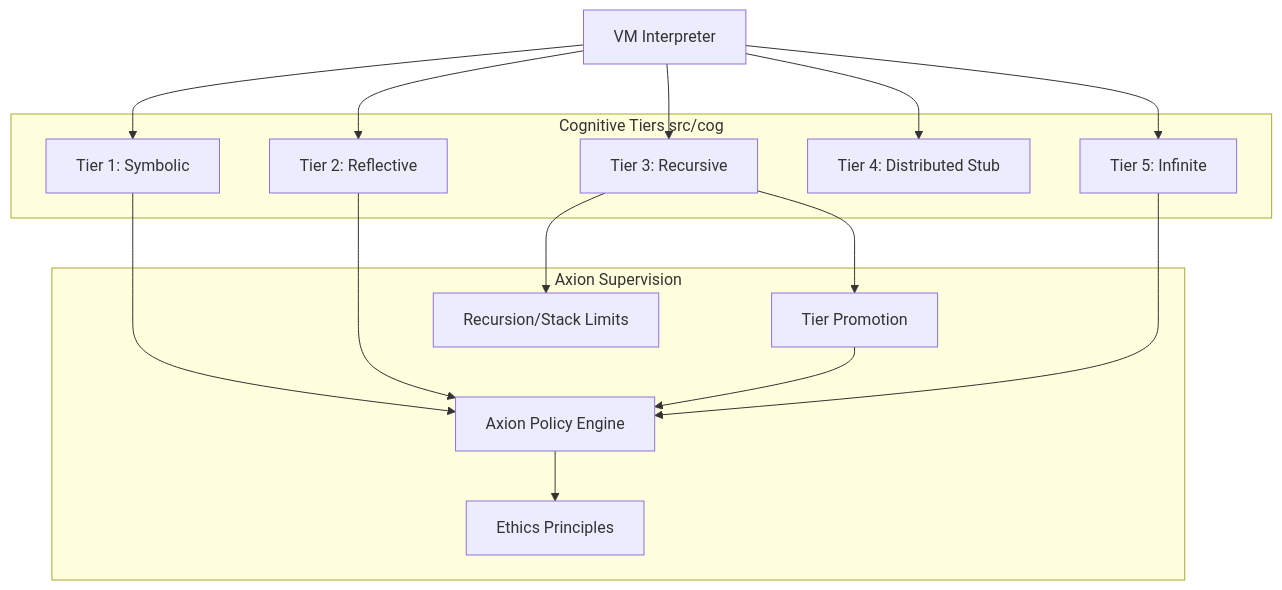
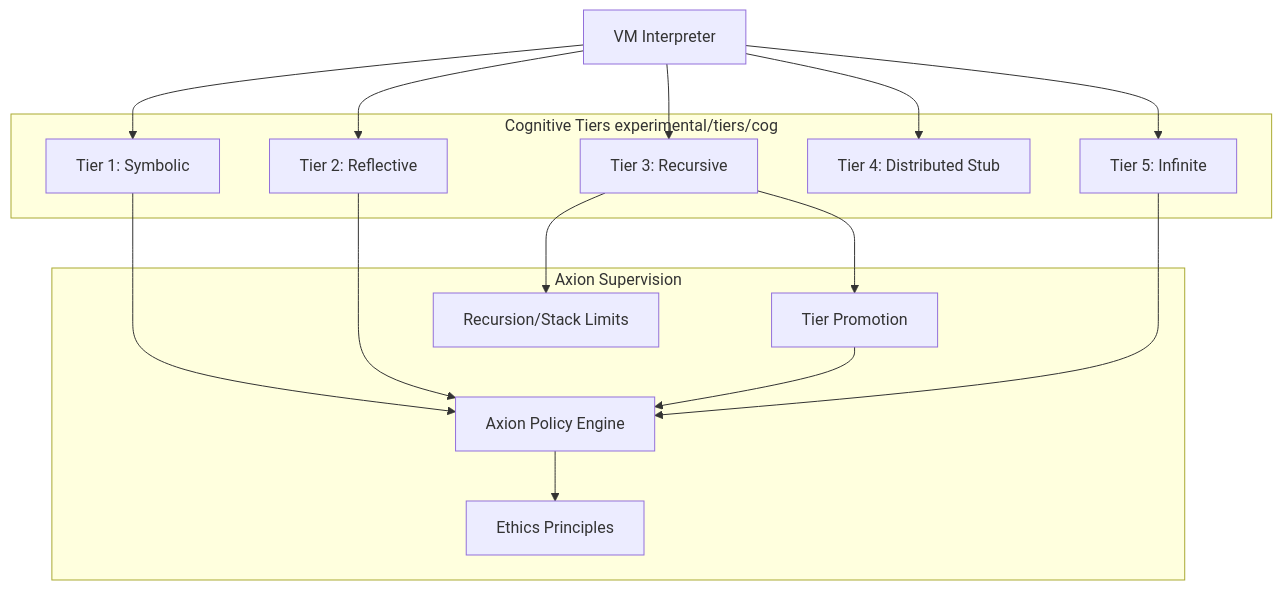
The third of 6 diagrams in docs/reference/architecture.md (ryansctt1994-sudo/t81-foundation), drawn with Mermaid before and after one commit. The commit also changed other lines of this file and 69 other files, not shown here.

````diff
--- a/docs/reference/architecture.md
+++ b/docs/reference/architecture.md
@@ -76,32 +76,32 @@
 ```mermaid
 flowchart TD
-    subgraph Tiers [Cognitive Tiers  src/cog ]
+    subgraph Tiers [Cognitive Tiers  experimental/tiers/cog ]
         T1[Tier 1: Symbolic]
         T2[Tier 2: Reflective]
         T3[Tier 3: Recursive]
         T4[Tier 4: Distributed  Stub ]
         T5[Tier 5: Infinite]
     end
 
     subgraph Supervision [Axion Supervision]
         Axion[Axion Policy Engine]
         Ethics[Ethics Principles]
         Limits[Recursion/Stack Limits]
         Promotion[Tier Promotion]
     end
 
     Interpreter[VM Interpreter] --> T1
     Interpreter --> T2
     Interpreter --> T3
     Interpreter --> T4
     Interpreter --> T5
 
     T1 --> Axion
     T2 --> Axion
     T3 --> Limits
     T3 --> Promotion
     T5 --> Axion
 
     Axion --> Ethics
     Promotion --> Axion
 ```
````
